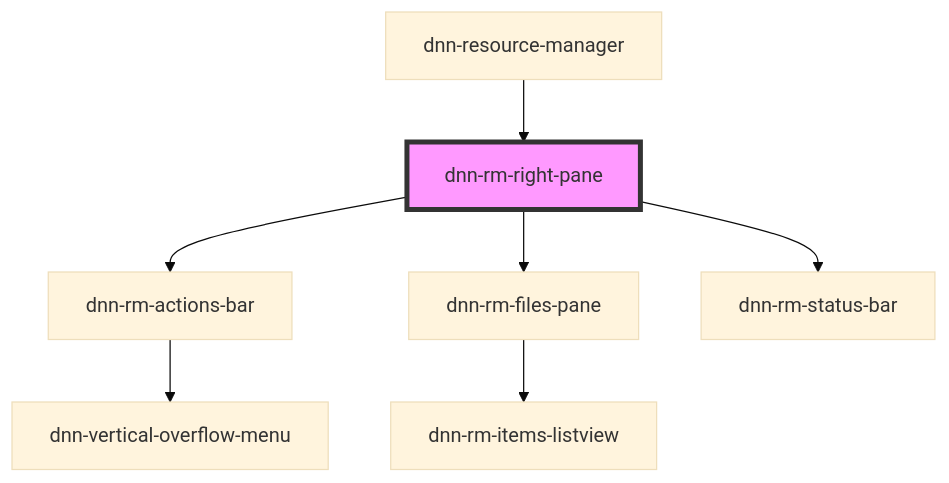
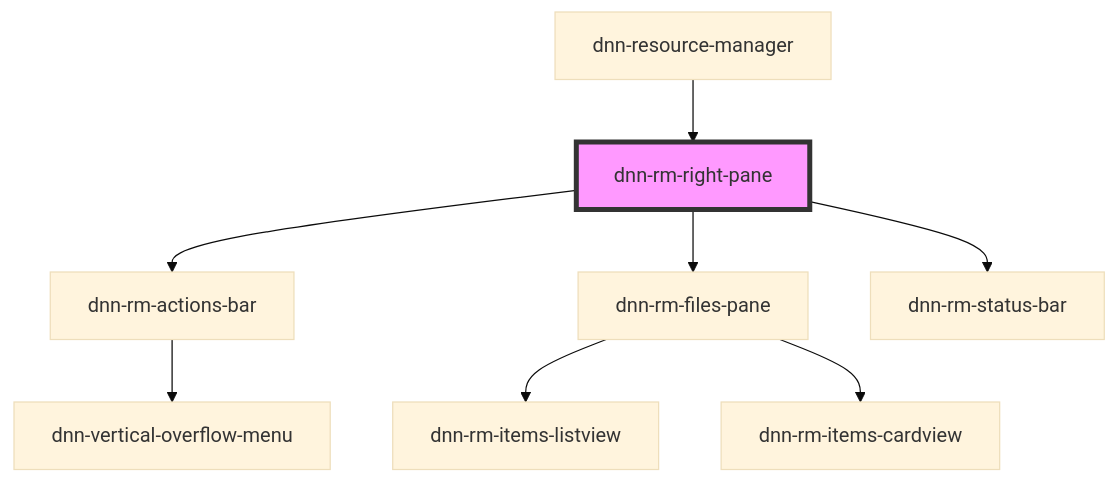
The diagram in DNN Platform/Modules/ResourceManager/ResourceManager.Web/src/components/dnn-rm-right-pane/readme.md (dnnsoftware/Dnn.Platform), drawn with Mermaid (base theme) before and after one commit. The commit also changed 4 other files, not shown here.

````diff
--- a/DNN Platform/Modules/ResourceManager/ResourceManager.Web/src/components/dnn-rm-right-pane/readme.md
+++ b/DNN Platform/Modules/ResourceManager/ResourceManager.Web/src/components/dnn-rm-right-pane/readme.md
@@ -21,10 +21,11 @@
 ```mermaid
 graph TD;
   dnn-rm-right-pane --> dnn-rm-actions-bar
   dnn-rm-right-pane --> dnn-rm-files-pane
   dnn-rm-right-pane --> dnn-rm-status-bar
   dnn-rm-actions-bar --> dnn-vertical-overflow-menu
   dnn-rm-files-pane --> dnn-rm-items-listview
+  dnn-rm-files-pane --> dnn-rm-items-cardview
   dnn-resource-manager --> dnn-rm-right-pane
   style dnn-rm-right-pane fill:#f9f,stroke:#333,stroke-width:4px
 ```
````
